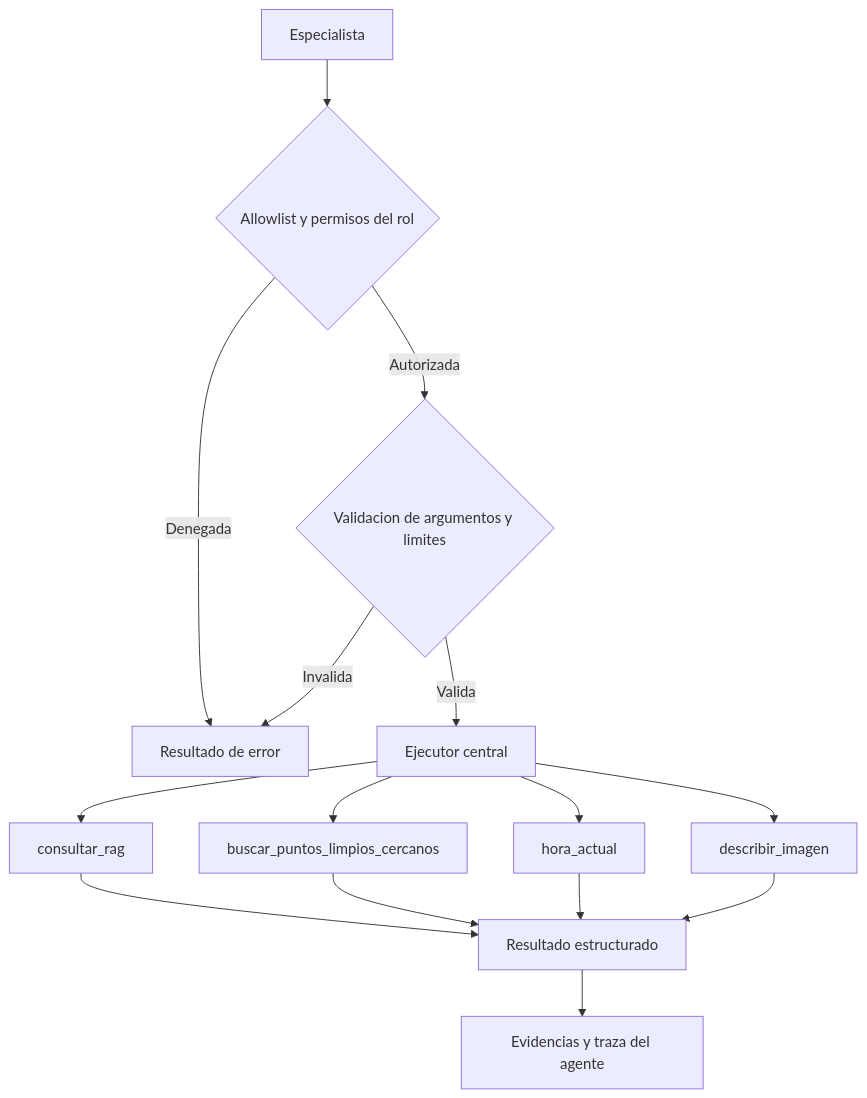
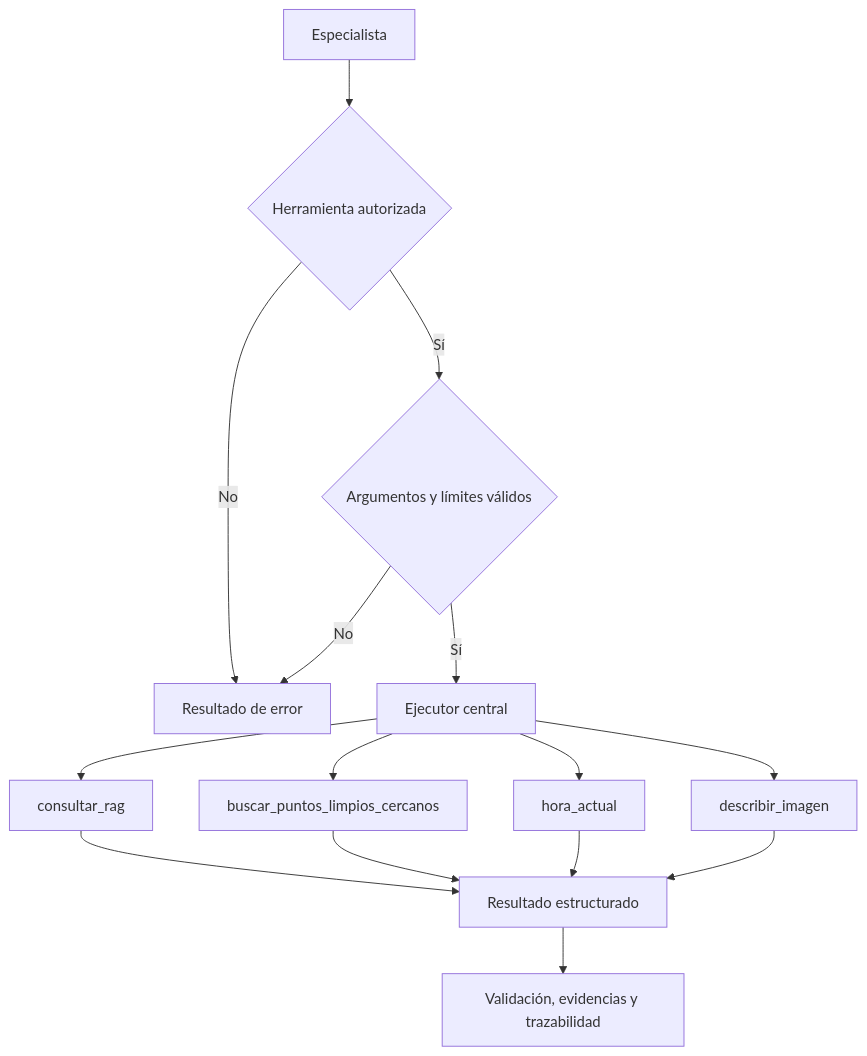
The first of 2 diagrams in specs/05-tools.md (alex-bometon/pb03_equipo18), drawn with Mermaid before and after one commit. The commit also changed other lines of this file and 1 other file, not shown here.

Commit message:
docs: correcciones tras toma de decisiones en specs del núcleo del asistente

````diff
--- a/specs/05-tools.md
+++ b/specs/05-tools.md
@@ -26,17 +35,17 @@
 ```mermaid
 flowchart TD
-    A[Especialista] --> L{Allowlist y permisos del rol}
-    L -->|Denegada| B[Resultado de error]
-    L -->|Autorizada| V{Validacion de argumentos y limites}
-    V -->|Invalida| B
-    V -->|Valida| E[Ejecutor central]
+    A[Especialista] --> L{Herramienta autorizada}
+    L -->|No| B[Resultado de error]
+    L -->|Sí| V{Argumentos y límites válidos}
+    V -->|No| B
+    V -->|Sí| E[Ejecutor central]
     E --> R[consultar_rag]
     E --> P[buscar_puntos_limpios_cercanos]
     E --> H[hora_actual]
     E --> I[describir_imagen]
     R --> S[Resultado estructurado]
     P --> S
     H --> S
     I --> S
-    S --> T[Evidencias y traza del agente]
+    S --> T[Validación, evidencias y trazabilidad]
 ```
````
